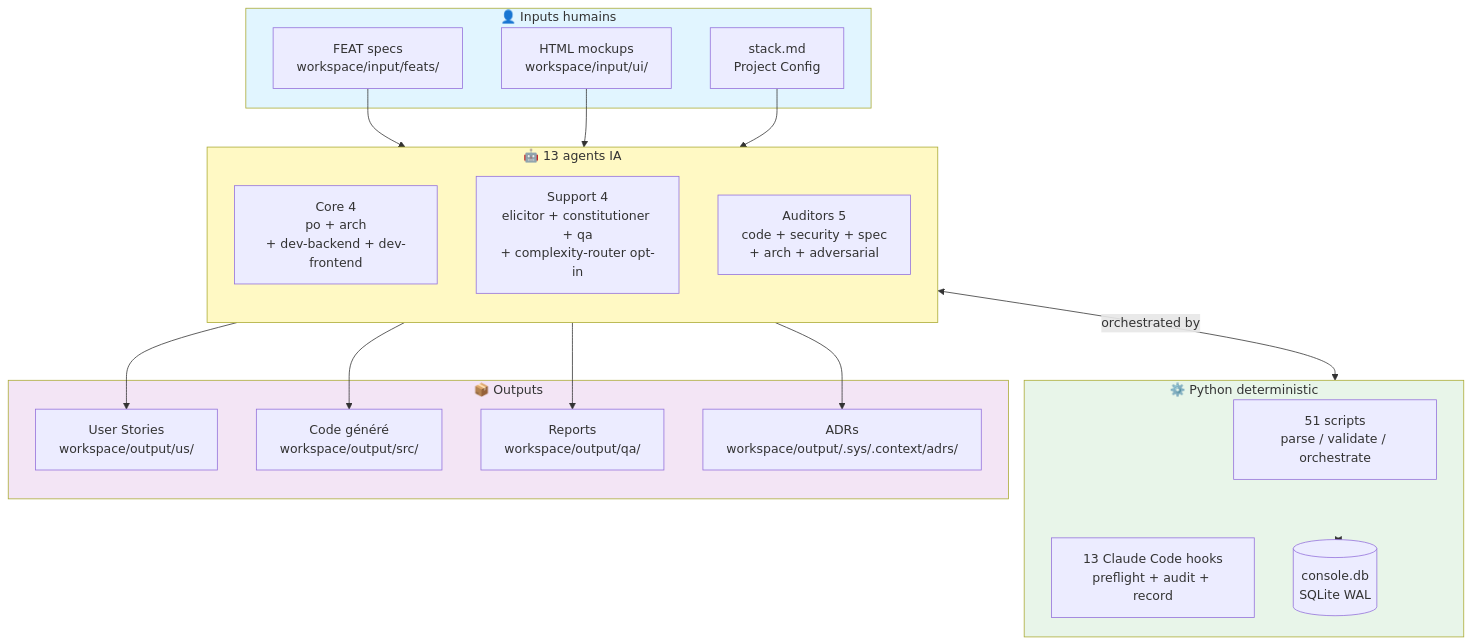
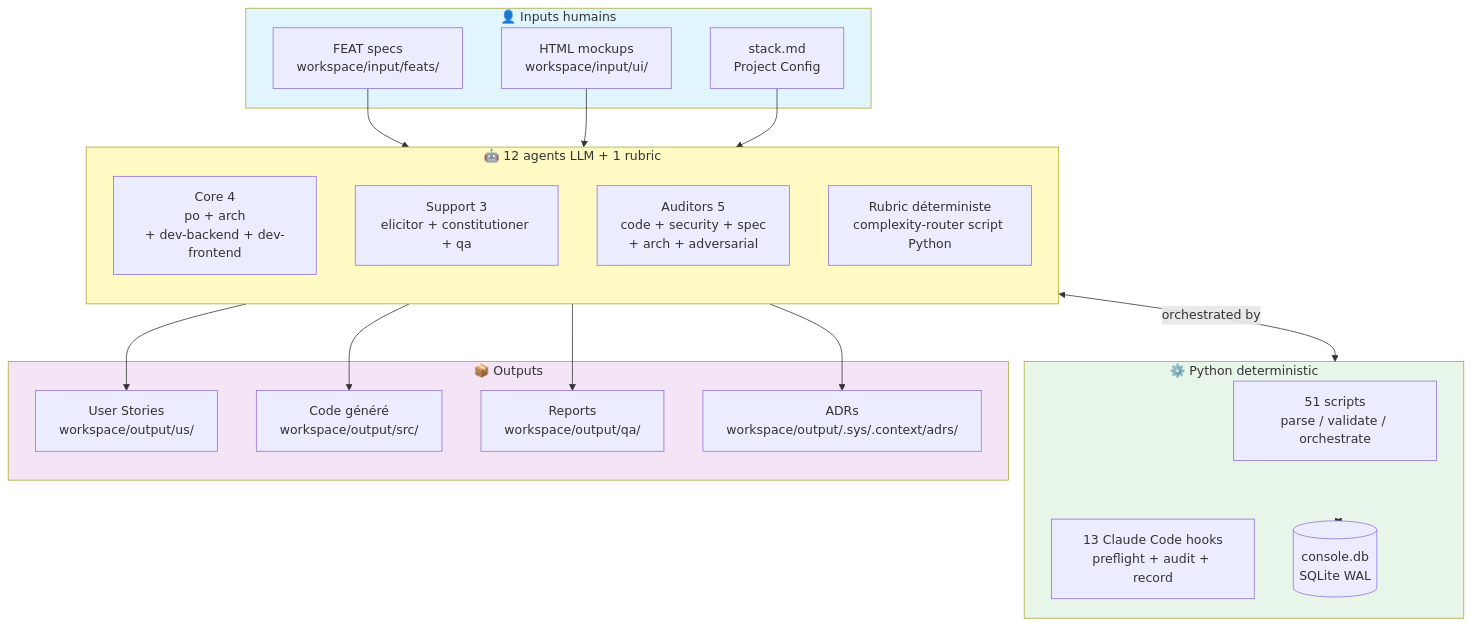
Before and after one commit to MOULAYID/AI-Calorie-Tracker: the first of 3 diagrams in .claude/docs/architecture.md, drawn with Mermaid. The commit also changed other lines of this file and 31 other files, not shown here.

````diff
--- a/.claude/docs/architecture.md
+++ b/.claude/docs/architecture.md
@@ -10,43 +10,44 @@
 ```mermaid
 graph TB
     subgraph Human["👤 Inputs humains"]
         FEAT[FEAT specs<br/>workspace/input/feats/]
         UI[HTML mockups<br/>workspace/input/ui/]
         STACK[stack.md<br/>Project Config]
     end
 
-    subgraph Agents["🤖 13 agents IA"]
+    subgraph Agents["🤖 12 agents LLM + 1 rubric"]
         direction TB
         CORE[Core 4<br/>po + arch<br/>+ dev-backend + dev-frontend]
-        SUPPORT[Support 4<br/>elicitor + constitutioner + qa<br/>+ complexity-router opt-in]
+        SUPPORT[Support 3<br/>elicitor + constitutioner + qa]
         AUDITORS[Auditors 5<br/>code + security + spec<br/>+ arch + adversarial]
+        RUBRIC[Rubric déterministe<br/>complexity-router script Python]
     end
 
     subgraph Determ["⚙️ Python deterministic"]
         SCRIPTS[51 scripts<br/>parse / validate / orchestrate]
         HOOKS[13 Claude Code hooks<br/>preflight + audit + record]
         DB[(console.db<br/>SQLite WAL)]
     end
 
     subgraph Output["📦 Outputs"]
         US[User Stories<br/>workspace/output/us/]
         CODE[Code généré<br/>workspace/output/src/]
         REVIEW[Reports<br/>workspace/output/qa/]
         ADRS[ADRs<br/>workspace/output/.sys/.context/adrs/]
     end
 
     FEAT --> Agents
     UI --> Agents
     STACK --> Agents
     Agents --> US
     Agents --> CODE
     Agents --> REVIEW
     Agents --> ADRS
     Agents <-->|orchestrated by| Determ
     Determ <--> DB
 
     style Human fill:#e1f5ff
     style Agents fill:#fff9c4
     style Determ fill:#e8f5e9
     style Output fill:#f3e5f5
 ```
````
